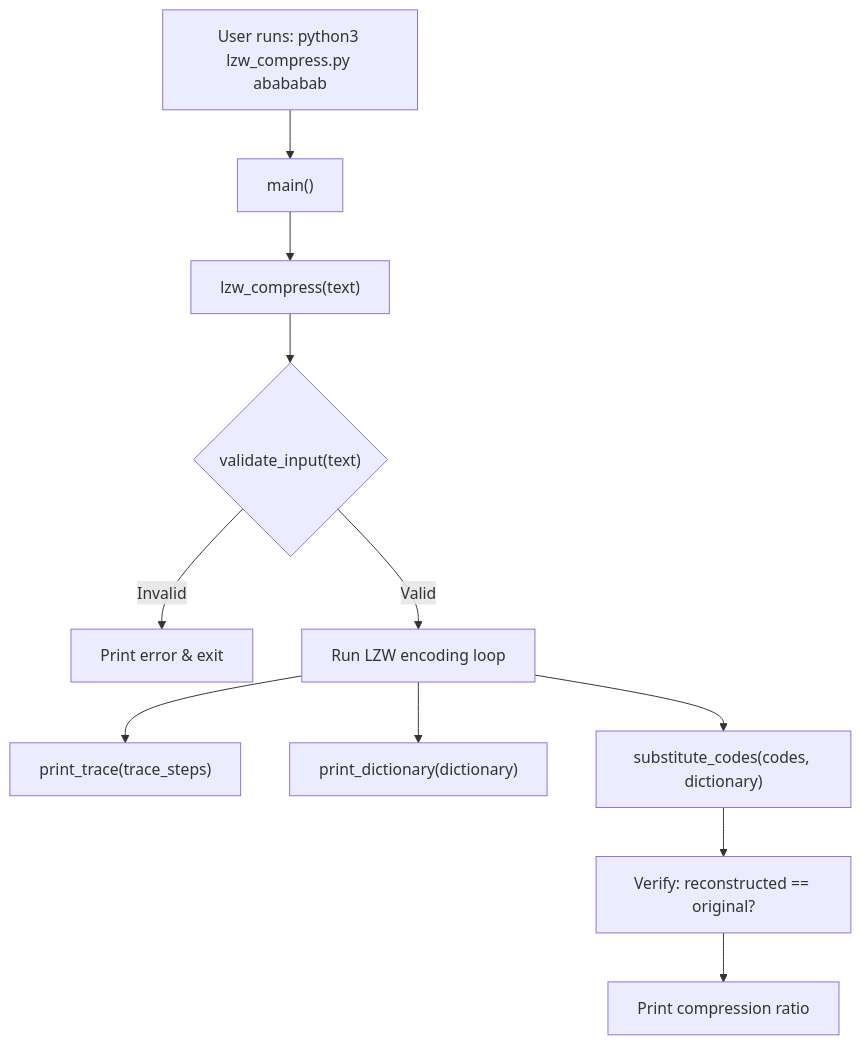
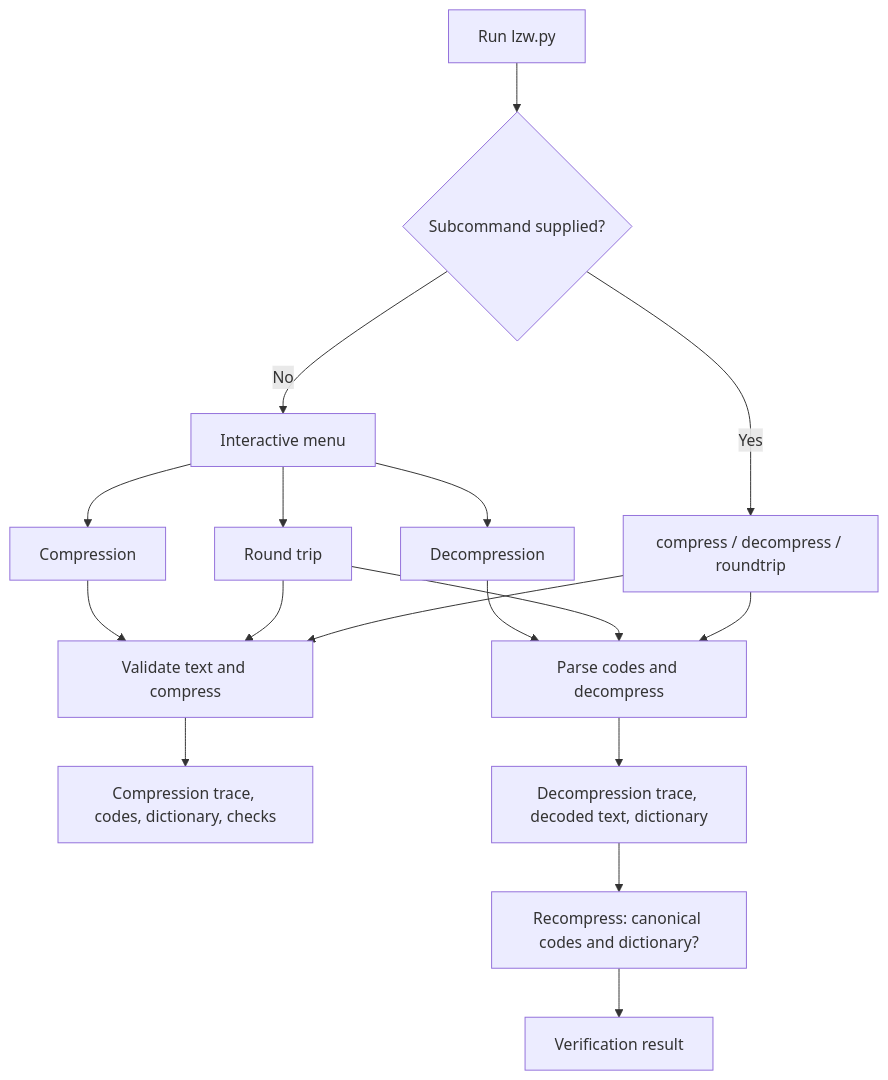
Before and after one commit to Ki0taka/LZW-compression: the diagram in lzw_project_walkthrough.md, drawn with Mermaid. The commit also changed other lines of this file and 4 other files, not shown here.

First line of the commit message:
Refactor LZW compression project into modular structure

````diff
--- a/lzw_project_walkthrough.md
+++ b/lzw_project_walkthrough.md
@@ -24,13 +9,19 @@
 ```mermaid
 flowchart TD
-    A["User runs: python3 lzw_compress.py abababab"] --> B["main()"]
-    B --> C["lzw_compress(text)"]
-    C --> C1{"validate_input(text)"}
-    C1 -->|Invalid| X["Print error & exit"]
-    C1 -->|Valid| C2["Run LZW encoding loop"]
-    C2 --> E["print_trace(trace_steps)"]
-    C2 --> F["print_dictionary(dictionary)"]
-    C2 --> G["substitute_codes(codes, dictionary)"]
-    G --> H["Verify: reconstructed == original?"]
-    H --> I["Print compression ratio"]
+    A["Run lzw.py"] --> B{"Subcommand supplied?"}
+    B -->|No| M["Interactive menu"]
+    M --> C[Compression]
+    M --> D[Decompression]
+    M --> E[Round trip]
+    C --> V["Validate text and compress"]
+    D --> P["Parse codes and decompress"]
+    E --> V
+    V --> T1["Compression trace, codes, dictionary, checks"]
+    P --> T2["Decompression trace, decoded text, dictionary"]
+    T2 --> Q["Recompress: canonical codes and dictionary?"]
+    Q --> R["Verification result"]
+    E --> P
+    B -->|Yes| S["compress / decompress / roundtrip"]
+    S --> V
+    S --> P
 ```
````
